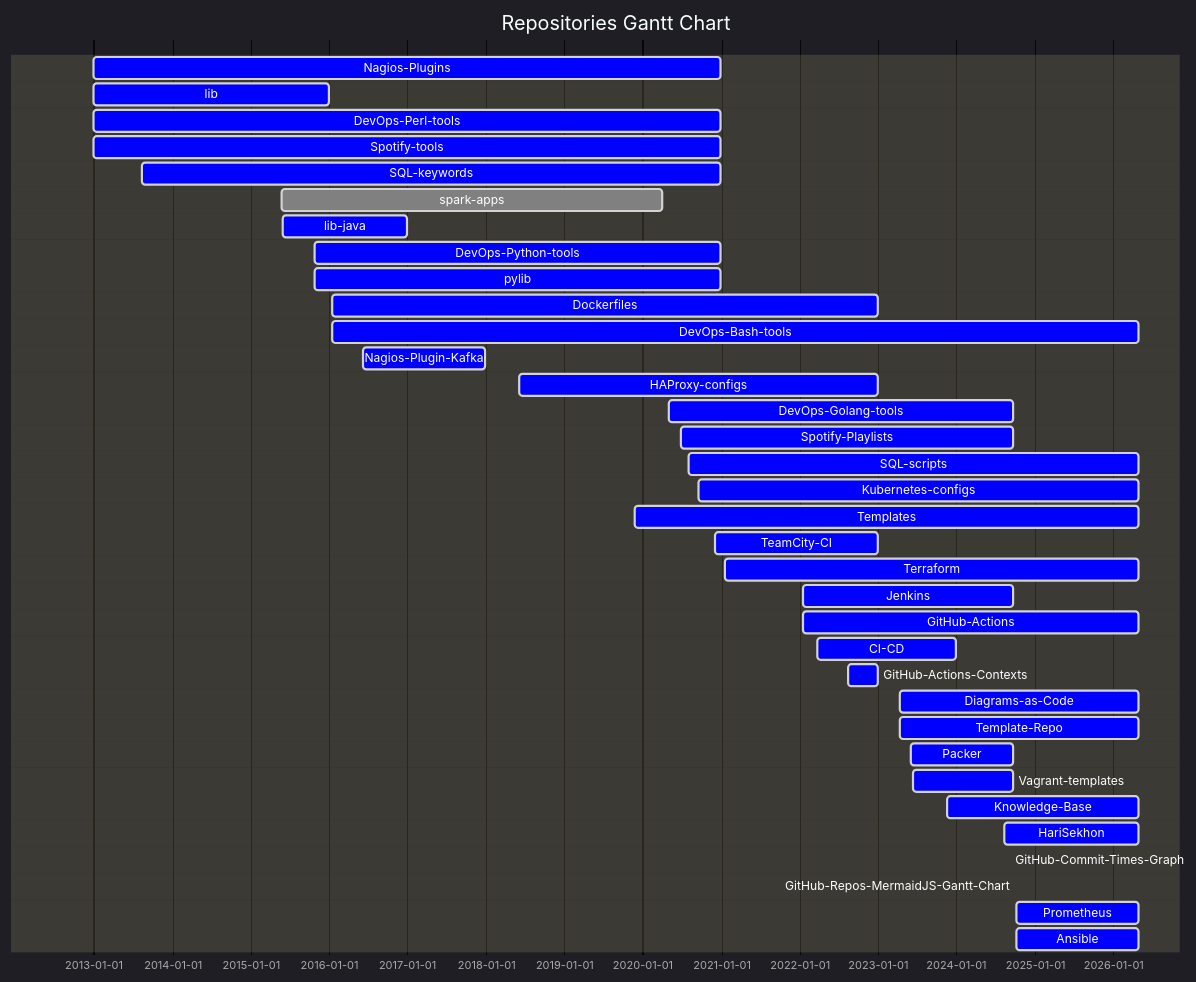
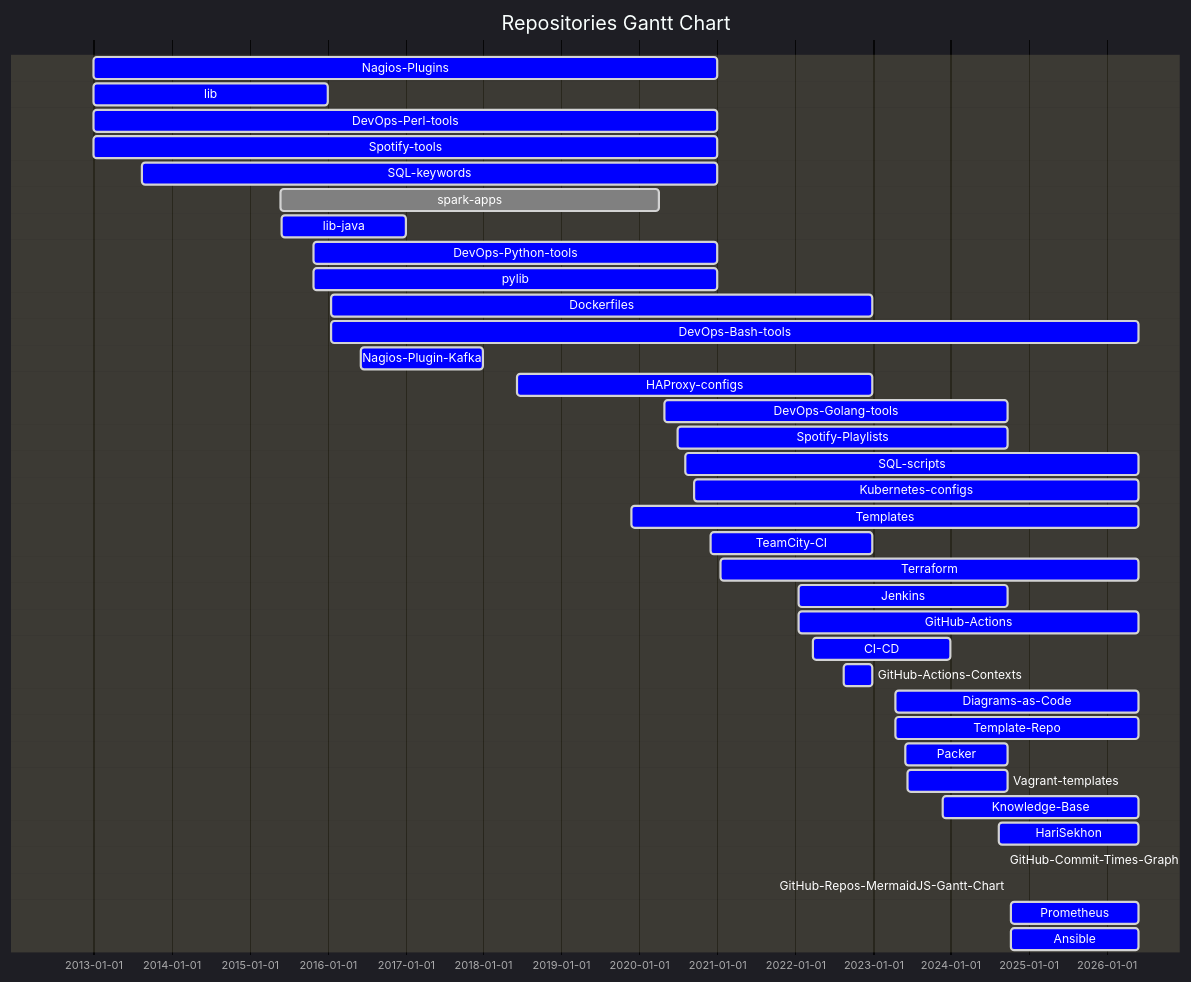
The first of 2 diagrams in README.md (HariSekhon/HariSekhon), drawn with Mermaid before and after one commit. The commit also changed other lines of this file, not shown here.

````diff
--- a/README.md
+++ b/README.md
@@ -1286,58 +1286,58 @@
 ```mermaid
 %%{ init: {
         "topAxis": true,
         "logLevel": "debug",
         'theme': 'dark',
         'themeVariables': {
           'activeTaskBkgColor': '#0000ff',
           'activeTaskBorderColor': 'lightgrey',
           'critBorderColor': 'lightgrey',
           'doneTaskBkgColor': 'grey',
           'doneTaskBorderColor': 'lightgrey',
           'taskBkgColor': 'black',
           'taskBorderColor': 'black',
           'taskTextColor': 'white',
           'taskTextDarkColor': 'white',
           'taskTextLightColor': 'black',
           'todayLineColor': 'red'
         }
     }
 }%%
 gantt
     dateFormat  YYYY-MM-DD
     title Repositories Gantt Chart
     Nagios-Plugins : active, 2012-12-30, 2020-12-31
     lib : active, 2012-12-30, 2015-12-31
     DevOps-Perl-tools : active, 2012-12-30, 2020-12-31
     Spotify-tools : active, 2012-12-30, 2020-12-31
     SQL-keywords : active, 2013-08-13, 2020-12-31
     spark-apps : done, 2015-05-25, 2020-04-02
     lib-java : active, 2015-05-31, 2016-12-31
     DevOps-Python-tools : active, 2015-10-27, 2020-12-31
     pylib : active, 2015-10-27, 2020-12-31
     Dockerfiles : active, 2016-01-17, 2022-12-31
-    DevOps-Bash-tools : active, 2016-01-17, 2026-04-30
+    DevOps-Bash-tools : active, 2016-01-17, 2026-05-30
     Nagios-Plugin-Kafka : active, 2016-06-07, 2017-12-31
     HAProxy-configs : active, 2018-06-08, 2022-12-31
     DevOps-Golang-tools : active, 2020-04-30, 2024-09-22
     Spotify-Playlists : active, 2020-06-29, 2024-09-22
-    SQL-scripts : active, 2020-08-05, 2026-04-30
-    Kubernetes-configs : active, 2020-09-16, 2026-04-30
-    Templates : active, 2019-11-25, 2026-04-30
+    SQL-scripts : active, 2020-08-05, 2026-05-30
+    Kubernetes-configs : active, 2020-09-16, 2026-05-30
+    Templates : active, 2019-11-25, 2026-05-30
     TeamCity-CI : active, 2020-12-03, 2022-12-31
-    Terraform : active, 2021-01-18, 2026-04-30
+    Terraform : active, 2021-01-18, 2026-05-30
     Jenkins : active, 2022-01-17, 2024-09-23
-    GitHub-Actions : active, 2022-01-17, 2026-04-30
+    GitHub-Actions : active, 2022-01-17, 2026-05-30
     CI-CD : active, 2022-03-25, 2023-12-31
     GitHub-Actions-Contexts : active, 2022-08-17, 2022-12-31
-    Diagrams-as-Code : active, 2023-04-14, 2026-04-30
-    Template-Repo : active, 2023-04-15, 2026-04-30
+    Diagrams-as-Code : active, 2023-04-14, 2026-05-30
+    Template-Repo : active, 2023-04-15, 2026-05-30
     Packer : active, 2023-06-02, 2024-09-21
     Vagrant-templates : active, 2023-06-12, 2024-09-21
-    Knowledge-Base : active, 2023-11-22, 2026-04-30
-    HariSekhon : active, 2024-08-14, 2026-04-30
+    Knowledge-Base : active, 2023-11-22, 2026-05-30
+    HariSekhon : active, 2024-08-14, 2026-05-30
     GitHub-Commit-Times-Graph : active, 2024-09-07, 2024-09-08
     GitHub-Repos-MermaidJS-Gantt-Chart : active, 2024-10-02, 2024-10-03
-    Prometheus : active, 2024-10-08, 2026-04-30
-    Ansible : active, 2024-10-08, 2026-04-30
+    Prometheus : active, 2024-10-08, 2026-05-30
+    Ansible : active, 2024-10-08, 2026-05-30
 ```
````
